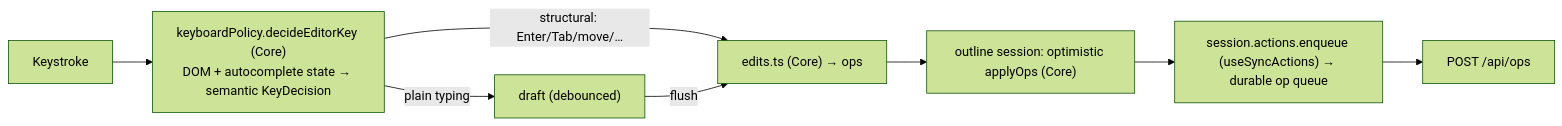
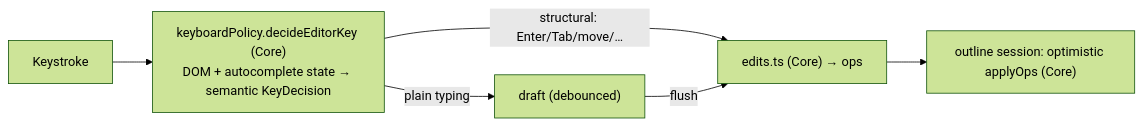
Before and after one commit to ArthurClune/pkm-system: the diagram in docs/architecture/frontend-editor.md, drawn with Mermaid (forest theme). The commit also changed other lines of this file and 3 other files, not shown here.

````diff
--- a/docs/architecture/frontend-editor.md
+++ b/docs/architecture/frontend-editor.md
@@ -157,10 +121,8 @@
 ```mermaid
 flowchart LR
     K[Keystroke] --> KP["keyboardPolicy.decideEditorKey (Core)<br/>DOM + autocomplete state → semantic KeyDecision"]
     KP -->|structural: Enter/Tab/move/…| OPS["edits.ts (Core) → ops"]
     KP -->|plain typing| D["draft (debounced)"]
     D -->|flush| OPS
     OPS --> S["outline session: optimistic applyOps (Core)"]
-    S --> Q["session.actions.enqueue (useSyncActions) → durable op queue"]
-    Q --> API["POST /api/ops"]
 ```
````
